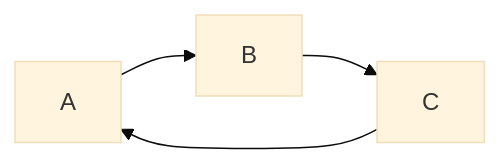
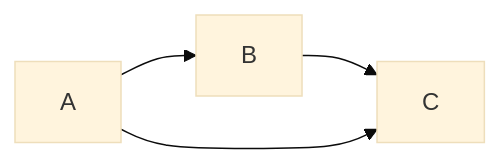
Before and after one commit to jt4d-lab/weld: the fourth of 5 diagrams in docs/core-concepts/direction.md, drawn with Mermaid (base theme). The commit also changed other lines of this file and 1 other file, not shown here.

````diff
--- a/docs/core-concepts/direction.md
+++ b/docs/core-concepts/direction.md
@@ -57,4 +133,5 @@
-    ```mermaid
-    flowchart LR
-        A --> B --> C --> A
-    ```
+```mermaid
+flowchart LR
+    A --> B --> C
+    A --> C
+```
````
